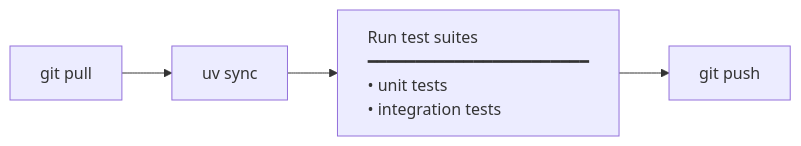
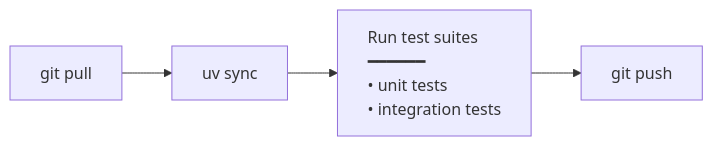
One commit to kouko/loom-plugins changed the diagram in loom-workflow/skills/loom-visualization/templates/02-linear-steps.md. Above: the diagram before and after it, drawn with Mermaid. The commit also changed 53 other files, not shown here.

````diff
--- a/loom-workflow/skills/loom-visualization/templates/02-linear-steps.md
+++ b/loom-workflow/skills/loom-visualization/templates/02-linear-steps.md
@@ -60,4 +60,4 @@
 ```mermaid
 flowchart LR
-    A["git pull"] --> B["uv sync"] --> C[<div style='text-align:left'>Run test suites<br/>━━━━━━━━━━━━━━━━━━━━━━━<br/>• unit tests<br/>• integration tests</div>] --> D["git push"]
+    A["git pull"] --> B["uv sync"] --> C[<div style='text-align:left'>Run test suites<br/>━━━━━━<br/>• unit tests<br/>• integration tests</div>] --> D["git push"]
 ```
````
